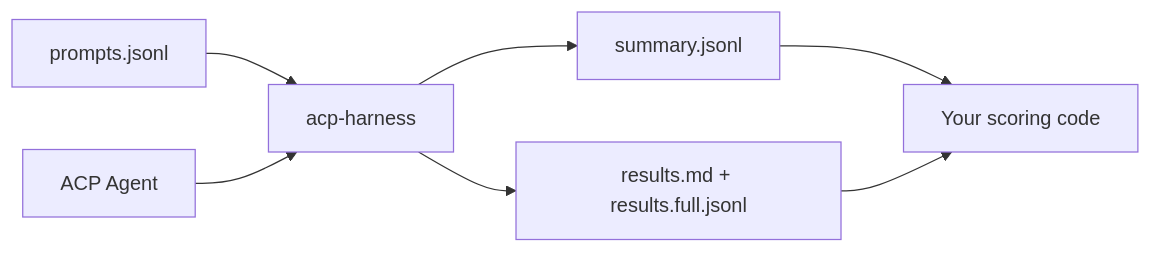
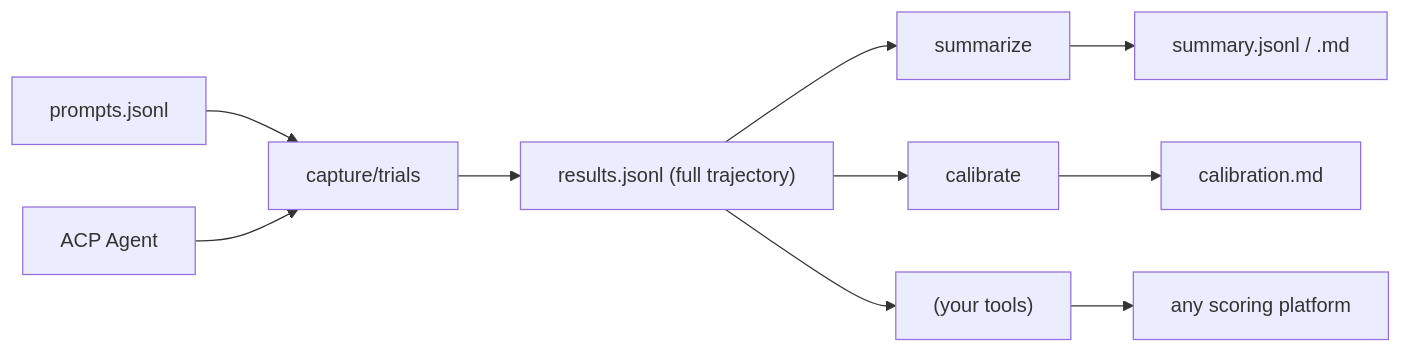
Before and after one commit to plaited/acp-harness: the diagram in .claude/skills/acp-harness/SKILL.md, drawn with Mermaid. The commit also changed other lines of this file and 23 other files, not shown here.

````diff
--- a/.claude/skills/acp-harness/SKILL.md
+++ b/.claude/skills/acp-harness/SKILL.md
@@ -121,9 +46,12 @@
 ```mermaid
 flowchart LR
-    Prompts["prompts.jsonl"] --> Harness["acp-harness"]
-    Agent["ACP Agent"] --> Harness
-    Harness --> Summary["summary.jsonl"]
-    Harness --> Full["results.md + results.full.jsonl"]
-    Summary --> Your["Your scoring code"]
-    Full --> Your
+    Prompts["prompts.jsonl"] --> Capture["capture/trials"]
+    Agent["ACP Agent"] --> Capture
+    Capture --> Results["results.jsonl (full trajectory)"]
+    Results --> Summarize["summarize"]
+    Results --> Calibrate["calibrate"]
+    Results --> Custom["(your tools)"]
+    Summarize --> Views["summary.jsonl / .md"]
+    Calibrate --> Report["calibration.md"]
+    Custom --> Pipeline["any scoring platform"]
 ```
````
